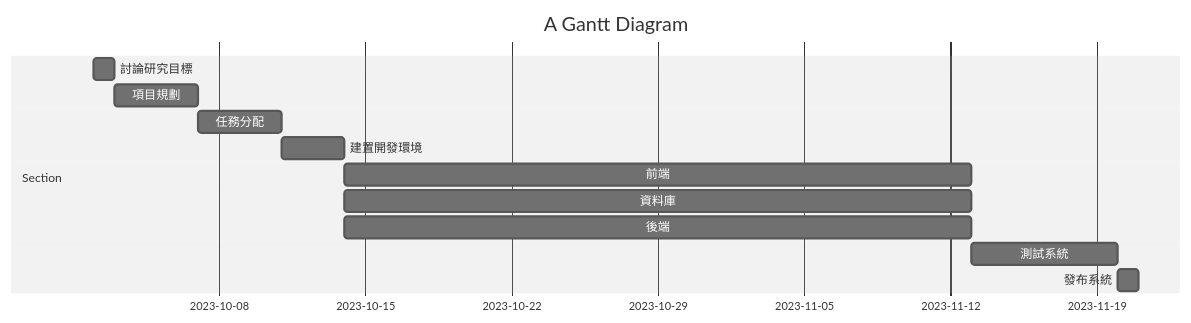
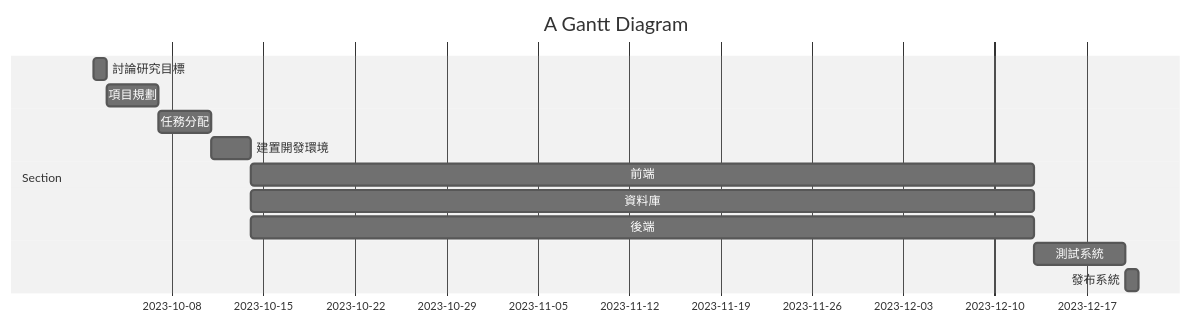
Before and after one commit to ztj9962/team14: the diagram in HW2.md, drawn with Mermaid (neutral theme).

````diff
--- a/HW2.md
+++ b/HW2.md
@@ -3,16 +3,16 @@
 ```mermaid
 gantt
     title A Gantt Diagram
 
     section Section
     討論研究目標          :a1, 2023-10-02, 1d
     項目規劃          :a2, after a1  , 4d
     任務分配          :a3, after a2  , 4d
     建置開發環境          :a4, after a3 , 3d
-    前端          :a5, after a4  , 30d
-    資料庫          :a6, after a4  , 30d
-    後端      :a7, after a4  , 30d
+    前端          :a5, after a4  , 60d
+    資料庫          :a6, after a4  , 60d
+    後端      :a7, after a4  , 60d
     測試系統          :a8, after a7  , 7d
     發布系統          :a9, after a8  , 1d
     
 ```
````
